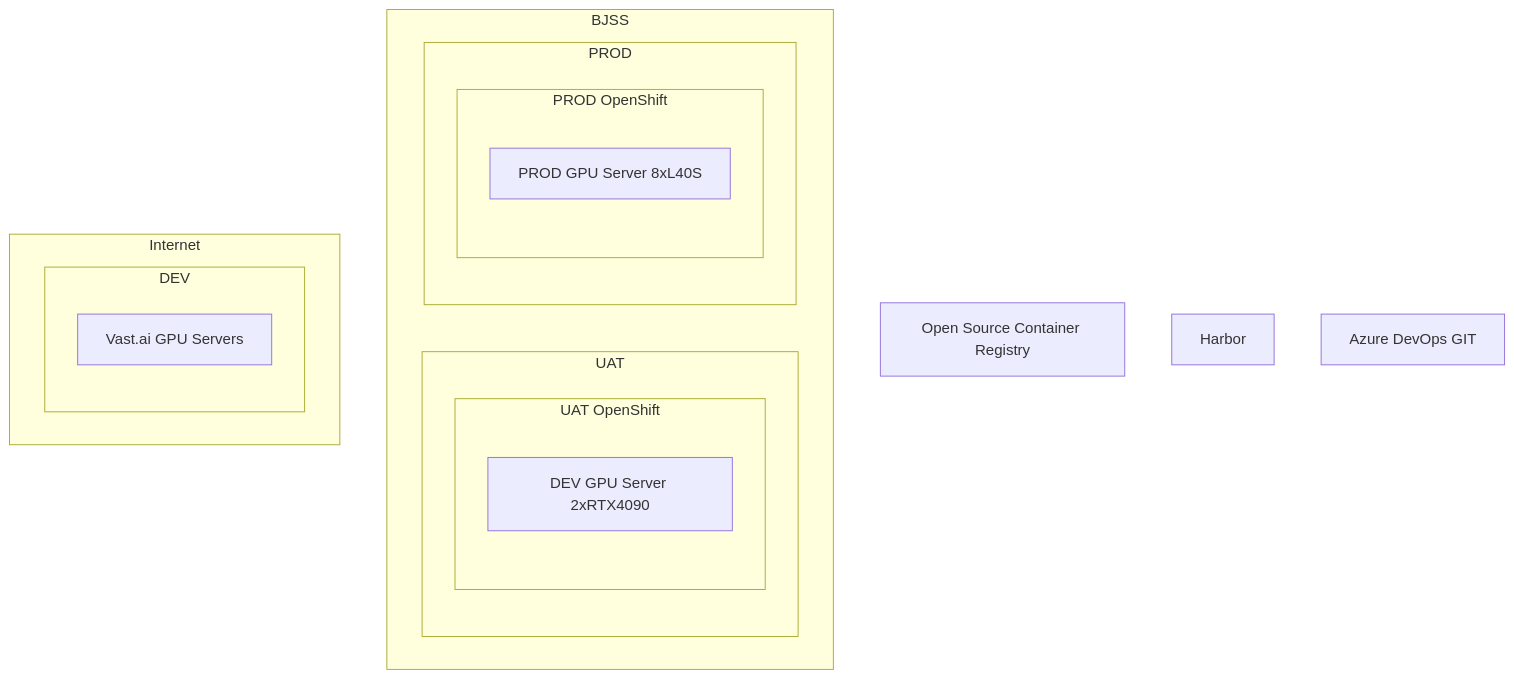
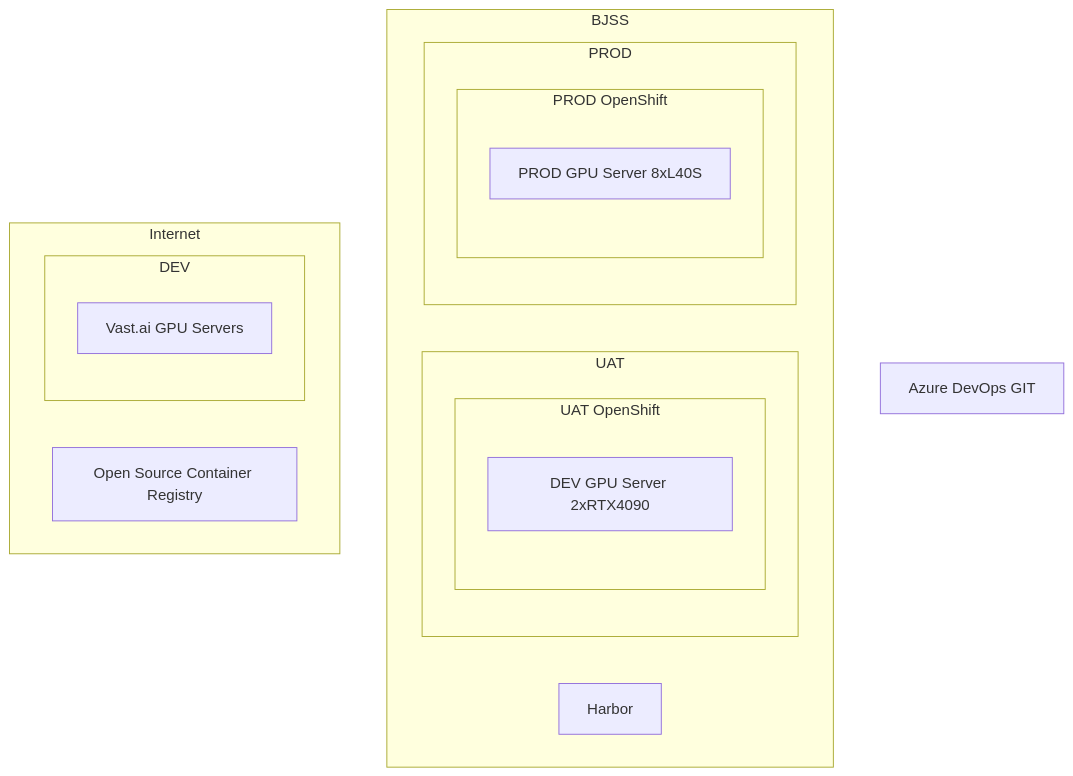
Before and after one commit to tim-roethig/ai-platform: the second of 2 diagrams in README.md, drawn with Mermaid.

````diff
--- a/README.md
+++ b/README.md
@@ -63,35 +63,37 @@
 ```mermaid
 graph TD
     A[Open Source Container Registry]
     B[Vast.ai GPU Servers]
     C[Harbor]
     D[Azure DevOps GIT]
     E[DEV GPU Server 2xRTX4090]
     F[PROD GPU Server 8xL40S]
 
     subgraph UAT_OC[UAT OpenShift]
         E
     end
     subgraph PROD_OC[PROD OpenShift]
         F
     end
 
     subgraph DEV[DEV]
         B
     end
     subgraph UAT[UAT]
         UAT_OC
     end
     subgraph PROD[PROD]
         PROD_OC
     end
 
     subgraph BJSS[BJSS]
+        C
         UAT
         PROD
     end
 
     subgraph Internet[Internet]
+        A
         DEV
     end
 ```
````
